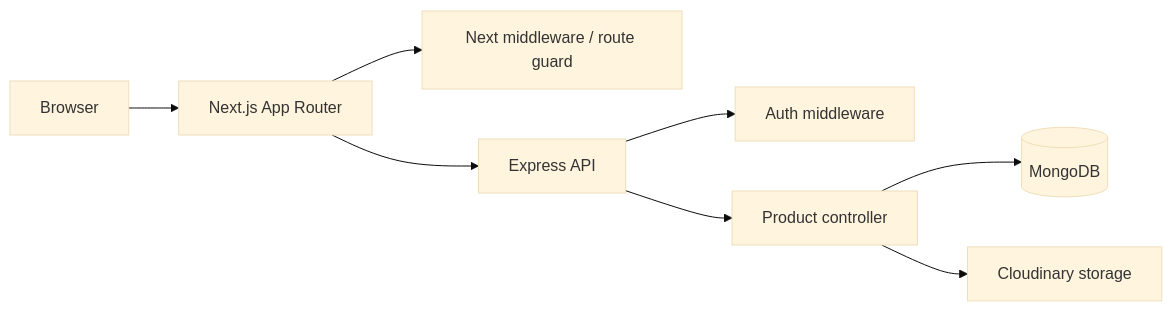
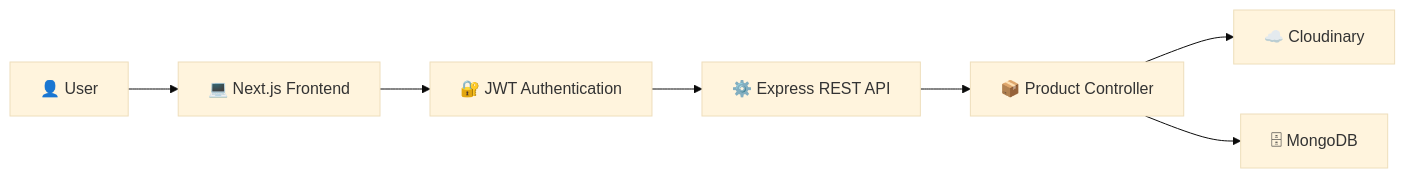
The first of 6 diagrams in README.md (Alipta001/product-crud-project), drawn with Mermaid (base theme) before and after one commit. The commit also changed other lines of this file and 4 other files, not shown here.

````diff
--- a/README.md
+++ b/README.md
@@ -52,10 +385,29 @@
 ```mermaid
 flowchart LR
-    U[Browser] --> N[Next.js App Router]
-    N --> M[Next middleware / route guard]
-    N --> E[Express API]
-    E --> A[Auth middleware]
-    E --> P[Product controller]
-    P --> DB[(MongoDB)]
-    P --> C[Cloudinary storage]
+
+A["👤 User"]
+
+B["💻 Next.js Frontend"]
+
+C["🔐 JWT Authentication"]
+
+D["⚙️ Express REST API"]
+
+E["📦 Product Controller"]
+
+F["☁️ Cloudinary"]
+
+G["🗄 MongoDB"]
+
+A --> B
+
+B --> C
+
+C --> D
+
+D --> E
+
+E --> F
+
+E --> G
 ```
````
